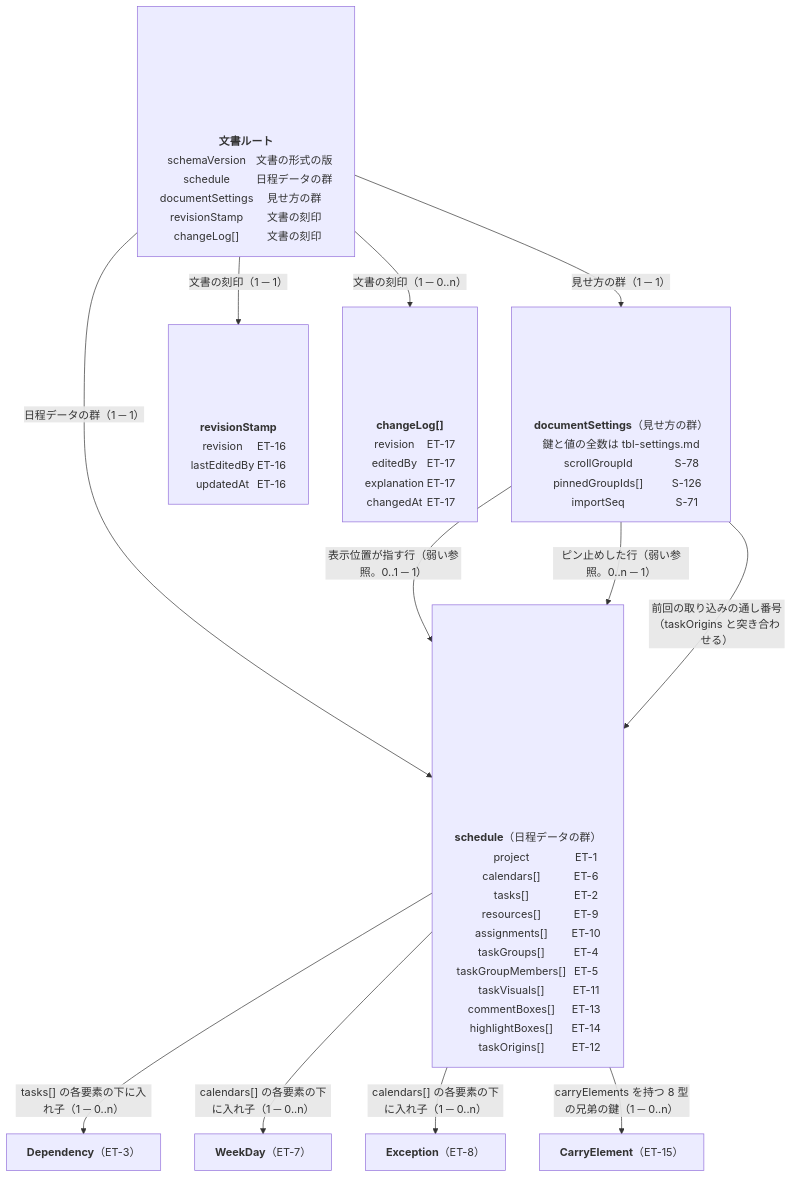
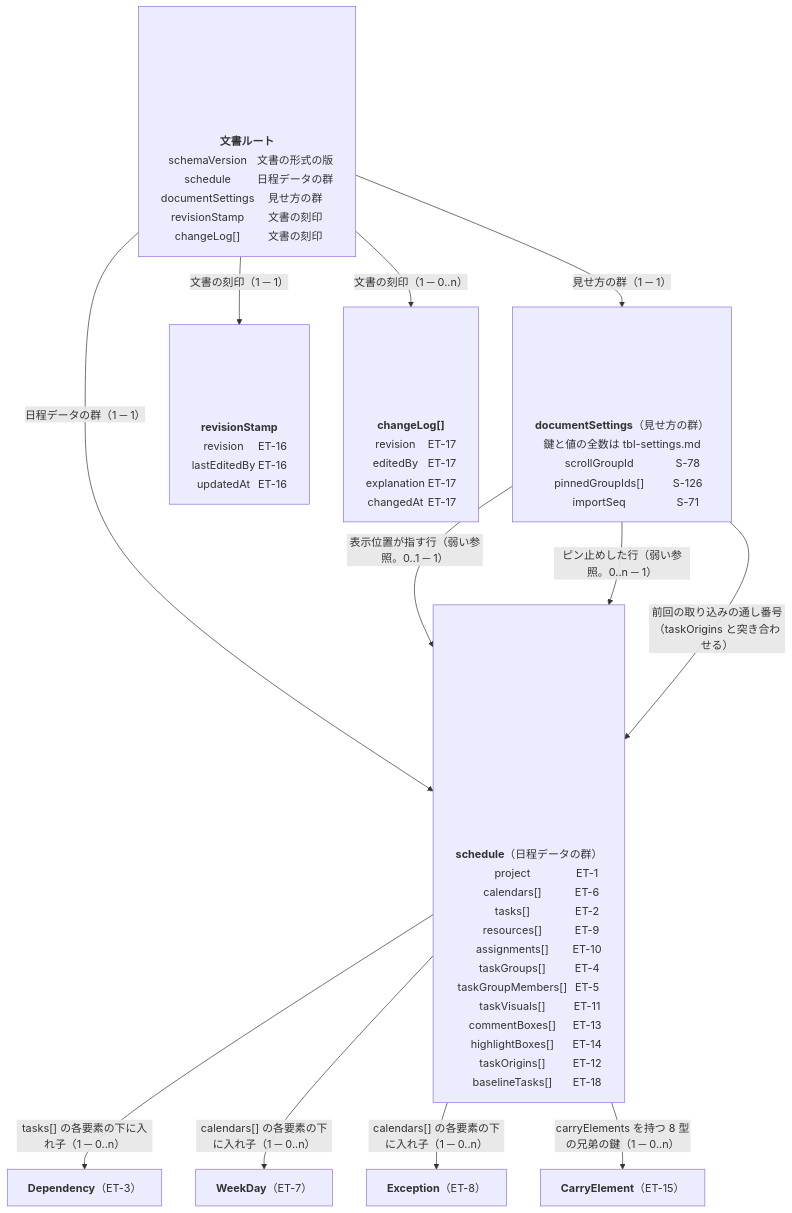
One commit to GoodRelax/gr-scheduler changed the diagram in docs/spec/_assets/fig-erd-overview.md. Above: the diagram before and after it, drawn with Mermaid. The commit also changed other lines of this file and 8 other files, not shown here.

````diff
--- a/docs/spec/_assets/fig-erd-overview.md
+++ b/docs/spec/_assets/fig-erd-overview.md
@@ -25,66 +25,67 @@
 ```mermaid
 ---
 config:
   flowchart:
     wrappingWidth: 1200
     htmlLabels: true
 ---
 flowchart TB
     Document["<table style='white-space:nowrap'>
       <tr><td colspan='2'><b>文書ルート</b></td></tr>
       <tr><td>schemaVersion</td><td>文書の形式の版</td></tr>
       <tr><td>schedule</td><td>日程データの群</td></tr>
       <tr><td>documentSettings</td><td>見せ方の群</td></tr>
       <tr><td>revisionStamp</td><td>文書の刻印</td></tr>
       <tr><td>changeLog[]</td><td>文書の刻印</td></tr>
     </table>"]
     Schedule["<table style='white-space:nowrap'>
       <tr><td colspan='2'><b>schedule</b>（日程データの群）</td></tr>
       <tr><td>project</td><td>ET-1</td></tr>
       <tr><td>calendars[]</td><td>ET-6</td></tr>
       <tr><td>tasks[]</td><td>ET-2</td></tr>
       <tr><td>resources[]</td><td>ET-9</td></tr>
       <tr><td>assignments[]</td><td>ET-10</td></tr>
       <tr><td>taskGroups[]</td><td>ET-4</td></tr>
       <tr><td>taskGroupMembers[]</td><td>ET-5</td></tr>
       <tr><td>taskVisuals[]</td><td>ET-11</td></tr>
       <tr><td>commentBoxes[]</td><td>ET-13</td></tr>
       <tr><td>highlightBoxes[]</td><td>ET-14</td></tr>
       <tr><td>taskOrigins[]</td><td>ET-12</td></tr>
+      <tr><td>baselineTasks[]</td><td>ET-18</td></tr>
     </table>"]
     Settings["<table style='white-space:nowrap'>
       <tr><td colspan='2'><b>documentSettings</b>（見せ方の群）</td></tr>
       <tr><td colspan='2'>鍵と値の全数は tbl-settings.md</td></tr>
       <tr><td>scrollGroupId</td><td>S-78</td></tr>
       <tr><td>pinnedGroupIds[]</td><td>S-126</td></tr>
       <tr><td>importSeq</td><td>S-71</td></tr>
     </table>"]
     Stamp["<table style='white-space:nowrap'>
       <tr><td colspan='2'><b>revisionStamp</b></td></tr>
       <tr><td>revision</td><td>ET-16</td></tr>
       <tr><td>lastEditedBy</td><td>ET-16</td></tr>
       <tr><td>updatedAt</td><td>ET-16</td></tr>
     </table>"]
     Log["<table style='white-space:nowrap'>
       <tr><td colspan='2'><b>changeLog[]</b></td></tr>
       <tr><td>revision</td><td>ET-17</td></tr>
       <tr><td>editedBy</td><td>ET-17</td></tr>
       <tr><td>explanation</td><td>ET-17</td></tr>
       <tr><td>changedAt</td><td>ET-17</td></tr>
     </table>"]
     Dep["<b>Dependency</b>（ET-3）"]
     Week["<b>WeekDay</b>（ET-7）"]
     Exc["<b>Exception</b>（ET-8）"]
     Carry["<b>CarryElement</b>（ET-15）"]
     Document -->|"日程データの群（1 ─ 1）"| Schedule
     Document -->|"見せ方の群（1 ─ 1）"| Settings
     Document -->|"文書の刻印（1 ─ 1）"| Stamp
     Document -->|"文書の刻印（1 ─ 0..n）"| Log
     Schedule -->|"tasks[] の各要素の下に入れ子（1 ─ 0..n）"| Dep
     Schedule -->|"calendars[] の各要素の下に入れ子（1 ─ 0..n）"| Week
     Schedule -->|"calendars[] の各要素の下に入れ子（1 ─ 0..n）"| Exc
     Schedule -->|"carryElements を持つ 8 型の兄弟の鍵（1 ─ 0..n）"| Carry
     Settings -->|"表示位置が指す行（弱い参照。0..1 ─ 1）"| Schedule
     Settings -->|"ピン止めした行（弱い参照。0..n ─ 1）"| Schedule
     Settings -->|"前回の取り込みの通し番号（taskOrigins と突き合わせる）"| Schedule
 ```
````
